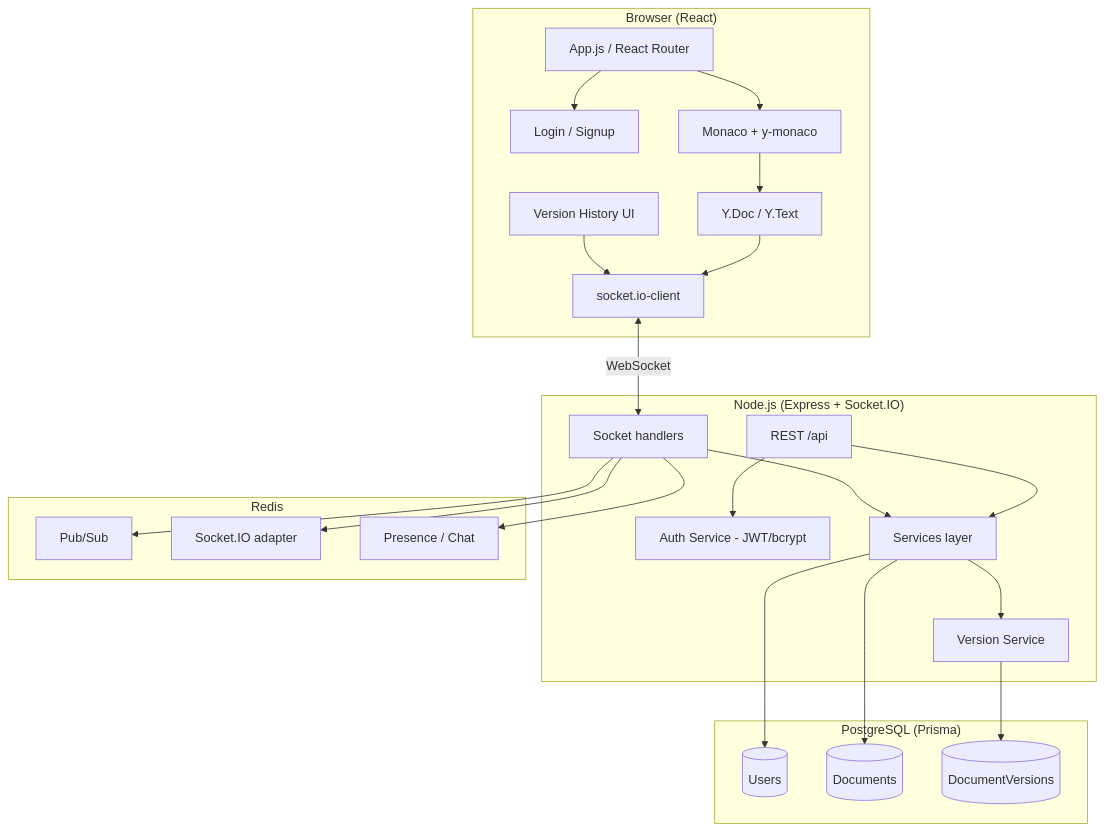
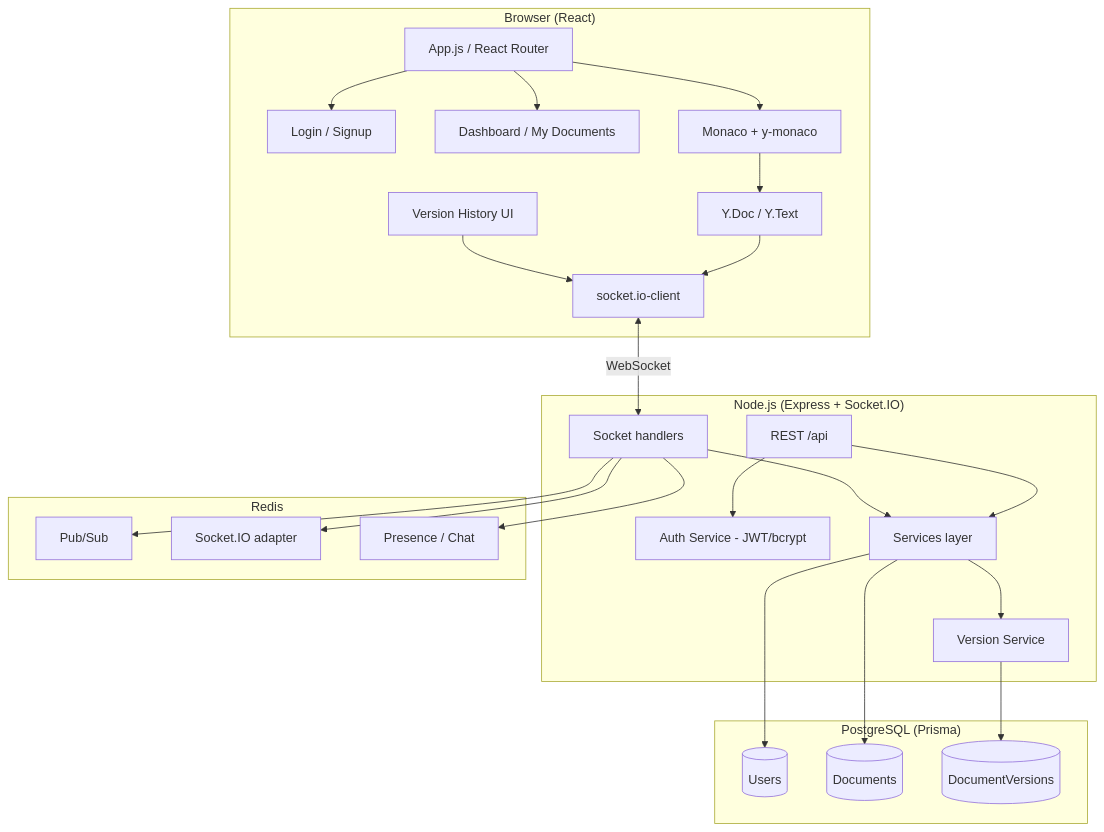
Before and after one commit to sahuhasrh/devweave: the diagram in README.md, drawn with Mermaid. The commit also changed other lines of this file and 12 other files, not shown here.

````diff
--- a/README.md
+++ b/README.md
@@ -23,48 +24,50 @@
 ```mermaid
 flowchart TB
   subgraph Browser["Browser (React)"]
     App[App.js / React Router]
     Auth[Login / Signup]
+    Dashboard[Dashboard / My Documents]
     Editor[Monaco + y-monaco]
     Yjs[Y.Doc / Y.Text]
     SocketC[socket.io-client]
     VH[Version History UI]
     App --> Editor
     App --> Auth
+    App --> Dashboard
     Editor --> Yjs
     Yjs --> SocketC
     VH --> SocketC
   end
 
   subgraph Server["Node.js (Express + Socket.IO)"]
     Routes[REST /api]
     AuthSvc[Auth Service - JWT/bcrypt]
     Handlers[Socket handlers]
     Services[Services layer]
     VersionSvc[Version Service]
     Routes --> AuthSvc
     Routes --> Services
     Handlers --> Services
     Services --> VersionSvc
   end
 
   subgraph Postgres["PostgreSQL (Prisma)"]
     Users[(Users)]
     Docs[(Documents)]
     Versions[(DocumentVersions)]
   end
 
   subgraph Redis["Redis"]
     PS[Pub/Sub]
     Adapter[Socket.IO adapter]
     Presence[Presence / Chat]
   end
 
   SocketC <-->|WebSocket| Handlers
   Services --> Docs
   Services --> Users
   VersionSvc --> Versions
   Handlers --> Adapter
   Handlers --> PS
   Handlers --> Presence
 ```
````
